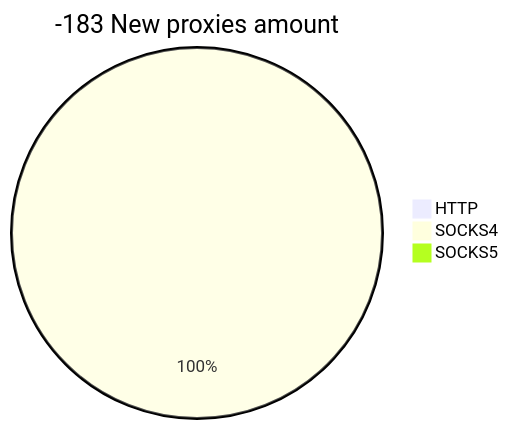
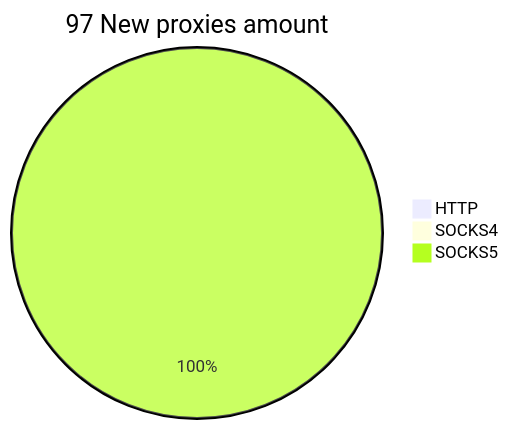
The second of 2 diagrams in README.md (cutipu/proxylist), drawn with Mermaid before and after one commit. The commit also changed other lines of this file, not shown here.

````diff
--- a/README.md
+++ b/README.md
@@ -10,6 +10,6 @@
 ```mermaid
-pie title -183 New proxies amount
+pie title 97 New proxies amount
     "HTTP" : 0
-    "SOCKS4" : 2
-    "SOCKS5" : 0
+    "SOCKS4" : 0
+    "SOCKS5" : 182
 ```
````
